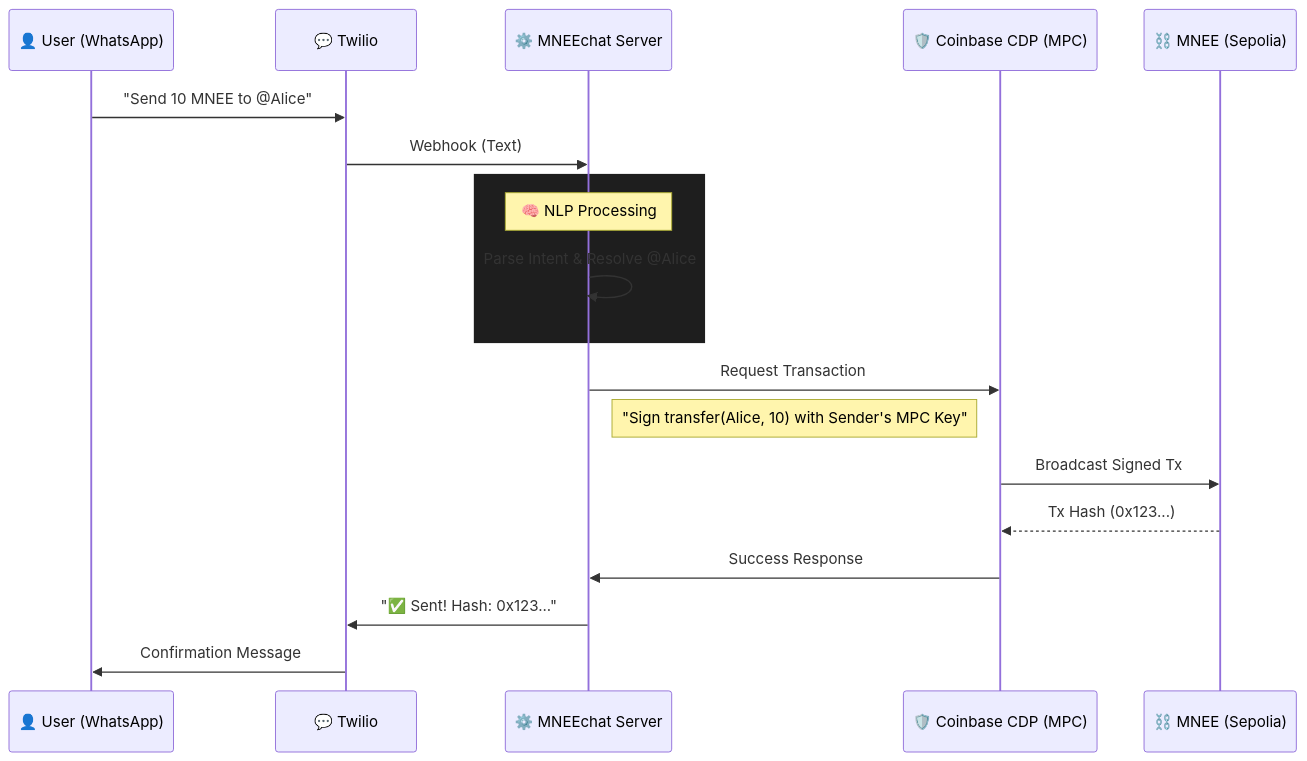
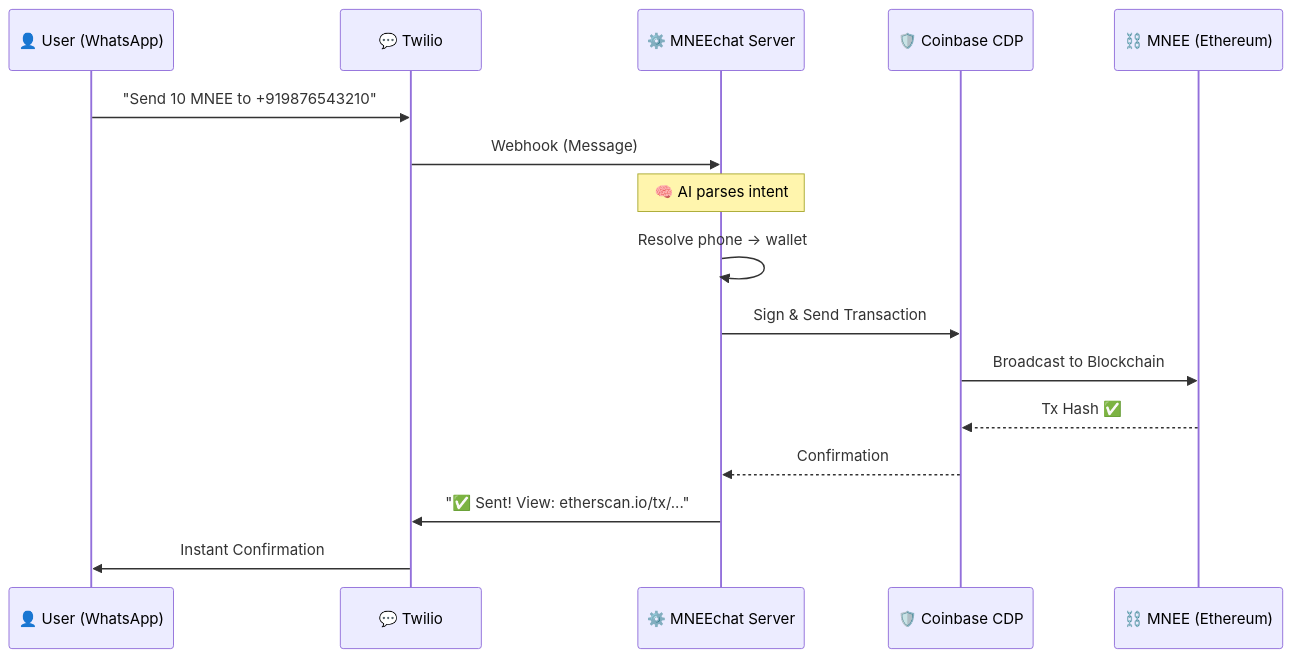
One commit to xaviersharwin10/mnee-chat changed the diagram in README.md. Above: the diagram before and after it, drawn with Mermaid. The commit also changed other lines of this file, not shown here.

Commit message:
docs: Polish README with user personas & quantifiable impact for hackathon

````diff
--- a/README.md
+++ b/README.md
@@ -16,26 +25,22 @@
 ```mermaid
 sequenceDiagram
     participant User as 👤 User (WhatsApp)
     participant Twilio as 💬 Twilio
     participant Server as ⚙️ MNEEchat Server
-    participant CDP as 🛡️ Coinbase CDP (MPC)
-    participant Chain as ⛓️ MNEE (Sepolia)
+    participant CDP as 🛡️ Coinbase CDP
+    participant Chain as ⛓️ MNEE (Ethereum)
 
-    User->>Twilio: "Send 10 MNEE to @Alice"
-    Twilio->>Server: Webhook (Text)
+    User->>Twilio: "Send 10 MNEE to +919876543210"
+    Twilio->>Server: Webhook (Message)
     
-    rect rgb(30, 30, 30)
-        Note over Server: 🧠 NLP Processing
-        Server->>Server: Parse Intent & Resolve @Alice
-    end
+    Note over Server: 🧠 AI parses intent
+    Server->>Server: Resolve phone → wallet
     
-    Server->>CDP: Request Transaction
-    Note right of Server: "Sign transfer(Alice, 10) with Sender's MPC Key"
+    Server->>CDP: Sign & Send Transaction
+    CDP->>Chain: Broadcast to Blockchain
+    Chain-->>CDP: Tx Hash ✅
+    CDP-->>Server: Confirmation
     
-    CDP->>Chain: Broadcast Signed Tx
-    Chain-->>CDP: Tx Hash (0x123...)
-    CDP->>Server: Success Response
-    
-    Server->>Twilio: "✅ Sent! Hash: 0x123..."
-    Twilio->>User: Confirmation Message
+    Server->>Twilio: "✅ Sent! View: etherscan.io/tx/..."
+    Twilio->>User: Instant Confirmation
 ```
````
